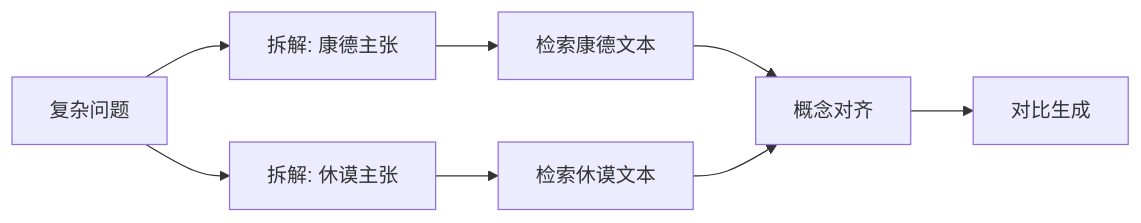
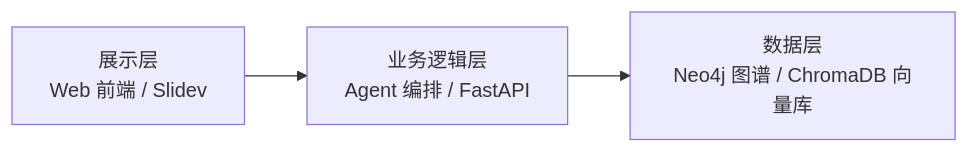
One commit to cuiningran-spec/philosophy-agent changed the diagram in docs/software/slides.md. Above: the diagram before and after it, drawn with Mermaid. The commit also changed other lines of this file, not shown here.

````diff
--- a/docs/software/slides.md
+++ b/docs/software/slides.md
@@ -82,10 +145,5 @@
 ```mermaid
 graph LR
-    Q[复杂问题] --> A[拆解: 康德主张]
-    Q --> B[拆解: 休谟主张]
-    A --> C[检索康德文本]
-    B --> D[检索休谟文本]
-    C --> E[概念对齐]
-    D --> E
-    E --> F[对比生成]
+    A[展示层<br/>Web 前端 / Slidev] --> B[业务逻辑层<br/>Agent 编排 / FastAPI]
+    B --> C[数据层<br/>Neo4j 图谱 / ChromaDB 向量库]
 ```
````
